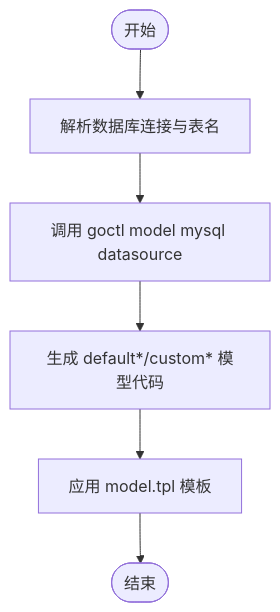
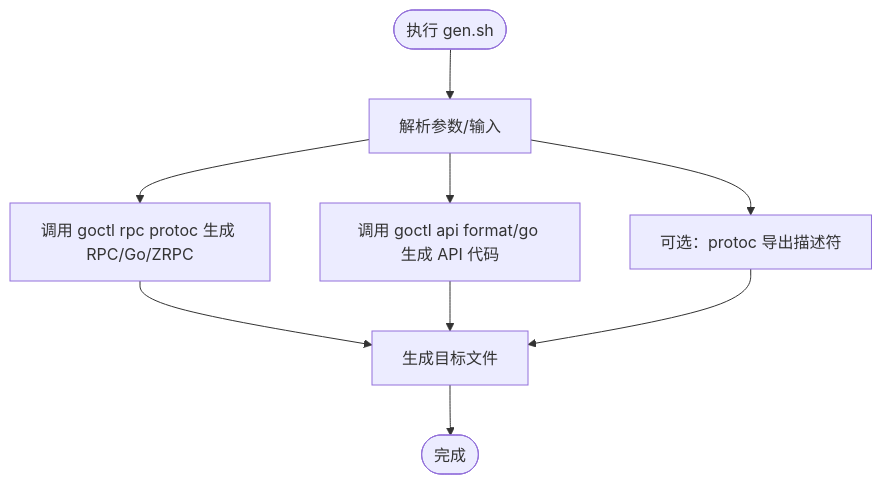
Before and after one commit to maomao94/zero-service: the fifth of 6 diagrams in .qoder/repowiki/zh/content/开发指南/代码生成工具.md, drawn with Mermaid. The commit also changed other lines of this file and 362 other files, not shown here.

````diff
--- a/.qoder/repowiki/zh/content/开发指南/代码生成工具.md
+++ b/.qoder/repowiki/zh/content/开发指南/代码生成工具.md
@@ -294,8 +261,11 @@
 ```mermaid
 flowchart TD
-MGStart(["开始"]) --> Args["解析数据库连接与表名"]
-Args --> Call["调用 goctl model mysql datasource"]
-Call --> Gen["生成 default*/custom* 模型代码"]
-Gen --> Tpl["应用 model.tpl 模板"]
-Tpl --> MGEnd(["结束"])
+GenStart(["执行 gen.sh"]) --> ParseArgs["解析参数/输入"]
+ParseArgs --> GoctlRPC["调用 goctl rpc protoc 生成 RPC/Go/ZRPC"]
+ParseArgs --> GoctlAPI["调用 goctl api format/go 生成 API 代码"]
+ParseArgs --> ProtocDesc["可选：protoc 导出描述符"]
+GoctlRPC --> Output["生成目标文件"]
+GoctlAPI --> Output
+ProtocDesc --> Output
+Output --> Done(["完成"])
 ```
````
